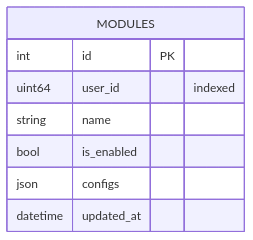
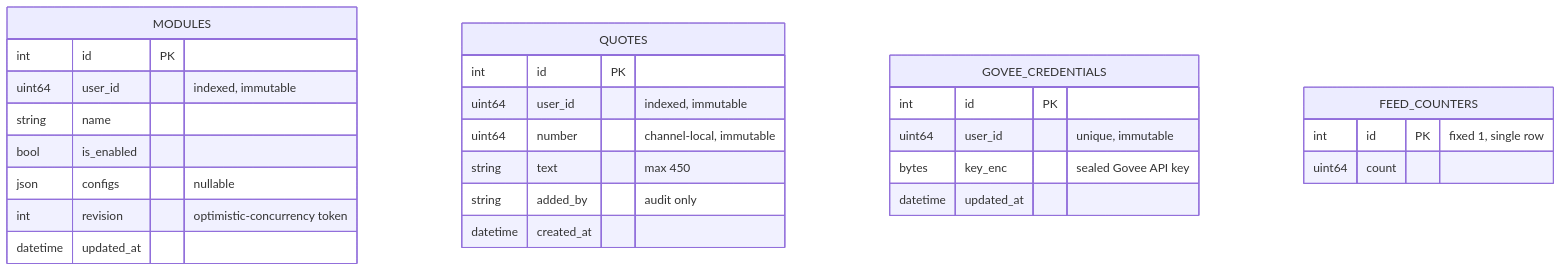
One commit to AdamOusmer/ItsBagelBot changed the fourth of 7 diagrams in docs/src/content/docs/data-and-state/database.md. Above: the diagram before and after it, drawn with Mermaid. The commit also changed other lines of this file and 27 other files, not shown here.

````diff
--- a/docs/src/content/docs/data-and-state/database.md
+++ b/docs/src/content/docs/data-and-state/database.md
@@ -133,11 +197,30 @@
 ```mermaid
 erDiagram
     MODULES {
         int id PK
-        uint64 user_id "indexed"
+        uint64 user_id "indexed, immutable"
         string name
         bool is_enabled
-        json configs
+        json configs "nullable"
+        int revision "optimistic-concurrency token"
         datetime updated_at
     }
+    QUOTES {
+        int id PK
+        uint64 user_id "indexed, immutable"
+        uint64 number "channel-local, immutable"
+        string text "max 450"
+        string added_by "audit only"
+        datetime created_at
+    }
+    GOVEE_CREDENTIALS {
+        int id PK
+        uint64 user_id "unique, immutable"
+        bytes key_enc "sealed Govee API key"
+        datetime updated_at
+    }
+    FEED_COUNTERS {
+        int id PK "fixed 1, single row"
+        uint64 count
+    }
 ```
````
